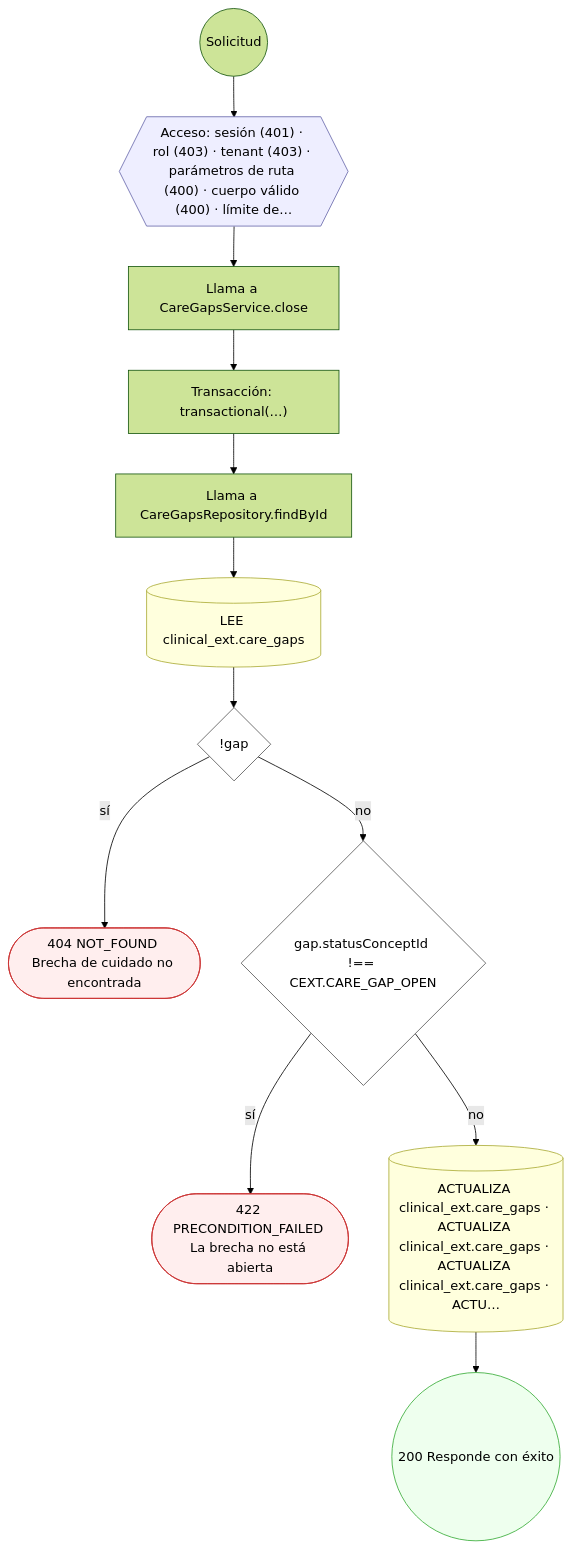
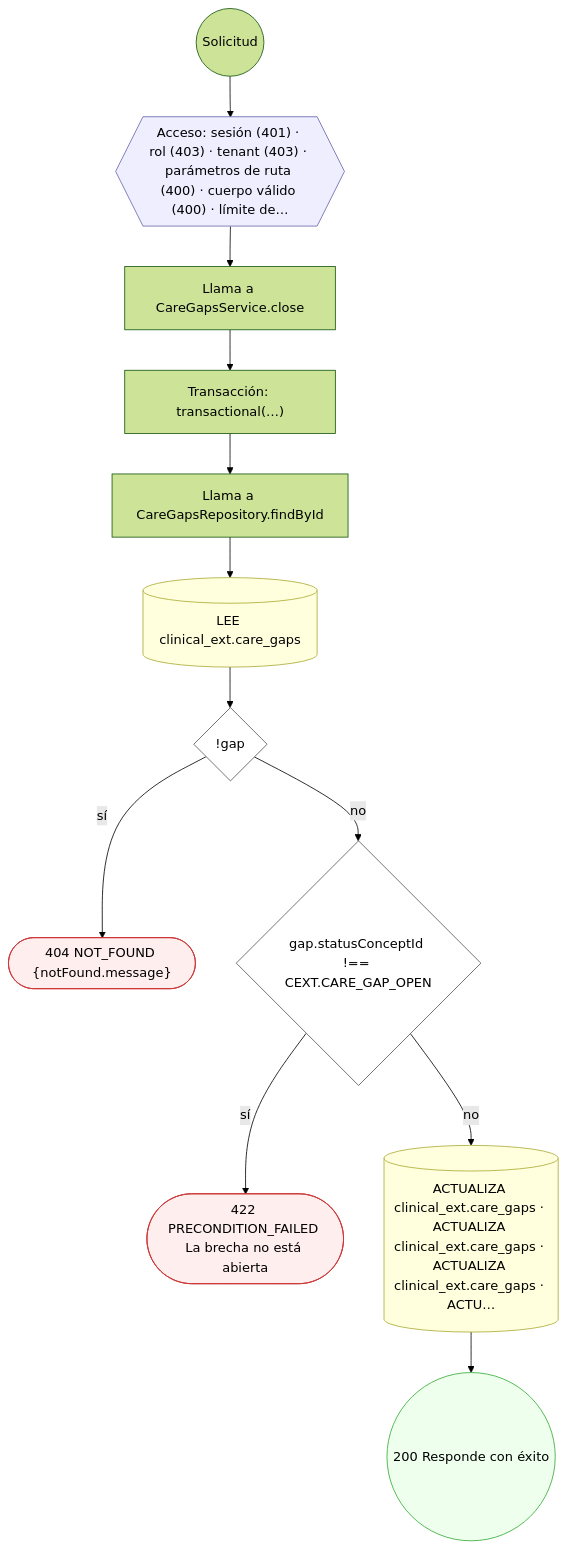
One commit to mdavila-2001/mantra-core-health-api changed the third of 26 diagrams in docs/inventario/flujos/clinical_ext.md. Above: the diagram before and after it, drawn with Mermaid (forest theme). The commit also changed other lines of this file and 438 other files, not shown here.

````diff
--- a/docs/inventario/flujos/clinical_ext.md
+++ b/docs/inventario/flujos/clinical_ext.md
@@ -251,32 +298,32 @@
 ```mermaid
 flowchart TD
   n1(("Solicitud")):::inicio
   n2{{"Acceso: sesión (401) · rol (403) · tenant (403) · parámetros de ruta (400) · cuerpo válido (400) · límite de…"}}:::acceso
   n1 --> n2
   n3["Llama a CareGapsService.close"]:::llamada
   n2 --> n3
   n4["Transacción: transactional(…)"]:::transaccion
   n3 --> n4
   n5["Llama a CareGapsRepository.findById"]:::llamada
   n4 --> n5
   n6[("LEE clinical_ext.care_gaps")]:::efecto
   n5 --> n6
   n7{"!gap"}:::decision
   n6 --> n7
-  n8(["404 NOT_FOUND Brecha de cuidado no encontrada"]):::error
+  n8(["404 NOT_FOUND {notFound.message}"]):::error
   n7 -->|"sí"| n8
   n9{"gap.statusConceptId !== CEXT.CARE_GAP_OPEN"}:::decision
   n7 -->|"no"| n9
   n10(["422 PRECONDITION_FAILED La brecha no está abierta"]):::error
   n9 -->|"sí"| n10
   n11[("ACTUALIZA clinical_ext.care_gaps · ACTUALIZA clinical_ext.care_gaps · ACTUALIZA clinical_ext.care_gaps · ACTU…")]:::efecto
   n9 -->|"no"| n11
   n12(("200 Responde con éxito")):::ok
   n11 --> n12
   classDef acceso fill:#eef,stroke:#66a
   classDef error fill:#fee,stroke:#c33
   classDef ok fill:#efe,stroke:#3a3
   classDef efecto fill:#ffd,stroke:#aa3
   classDef decision fill:#fff,stroke:#555
   classDef corte fill:#eee,stroke:#999,stroke-dasharray: 4
 ```
````
